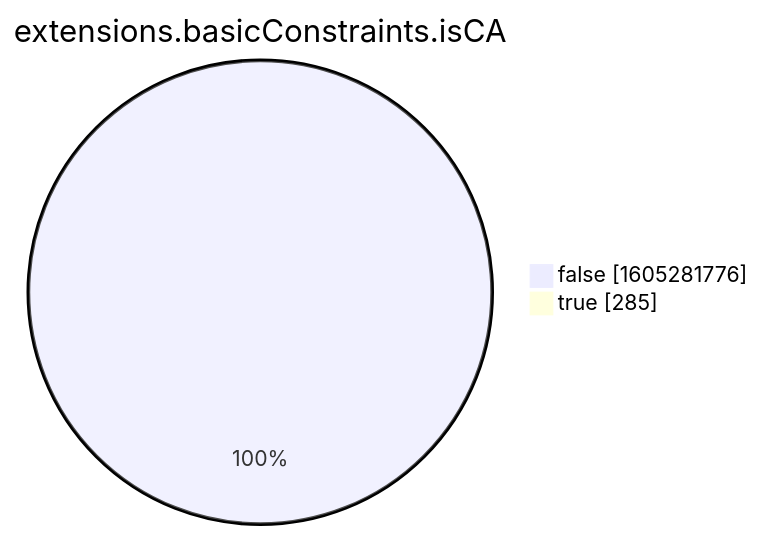
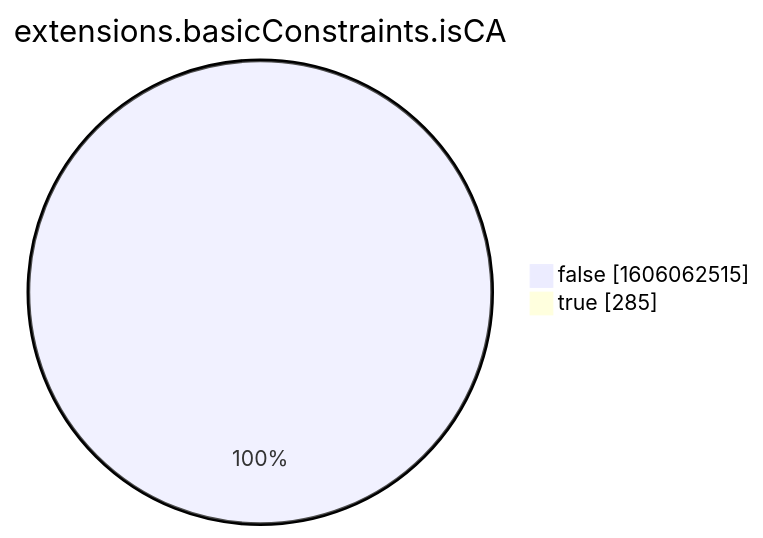
The eighth of 15 diagrams in xenon2022/README.md (christiankrug/ctmonitor_visualization), drawn with Mermaid before and after one commit. The commit also changed other lines of this file, not shown here.

````diff
--- a/xenon2022/README.md
+++ b/xenon2022/README.md
@@ -2862,6 +2862,6 @@
 ```mermaid
 pie showData
 title extensions.basicConstraints.isCA
-"false" :1605281776
+"false" :1606062515
 "true" :285
 ```
````
